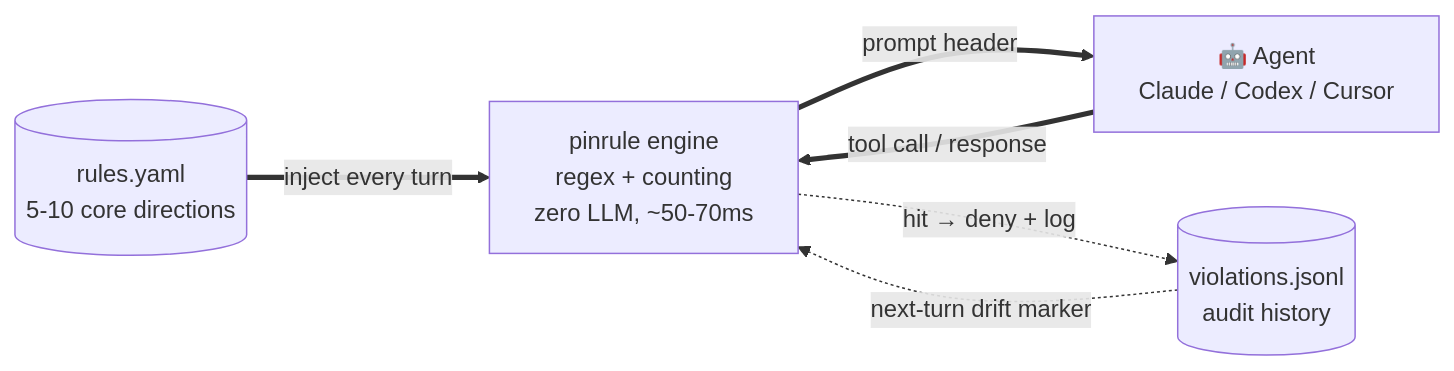
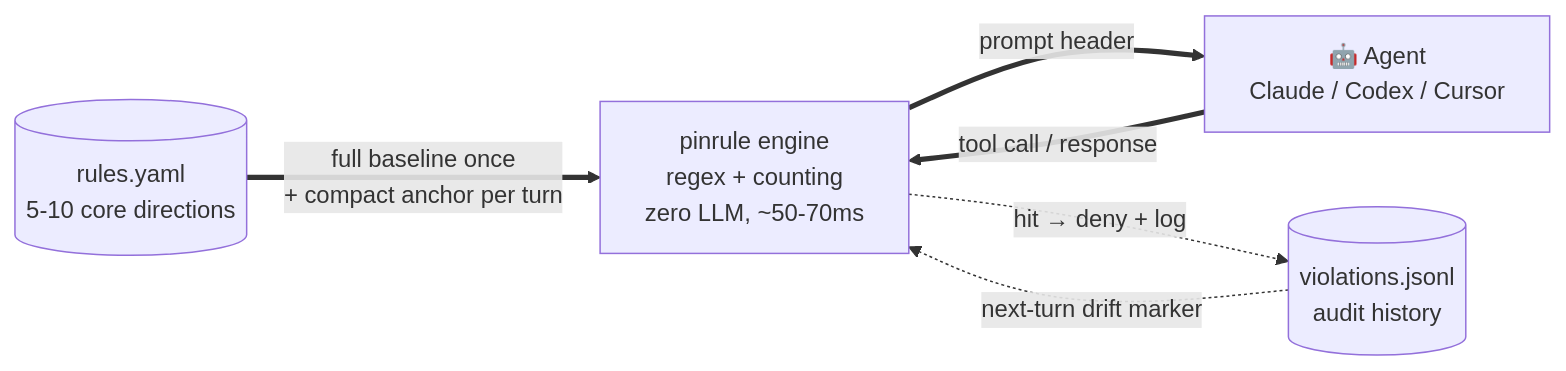
Before and after one commit to jhaizhou-ops/pinrule: the first of 2 diagrams in README.md, drawn with Mermaid. The commit also changed other lines of this file and 1 other file, not shown here.

````diff
--- a/README.md
+++ b/README.md
@@ -240,13 +255,13 @@
 ```mermaid
 flowchart LR
     R[(rules.yaml<br/>5-10 core directions)]
     K[pinrule engine<br/>regex + counting<br/>zero LLM, ~50-70ms]
     A[🤖 Agent<br/>Claude / Codex / Cursor]
     V[(violations.jsonl<br/>audit history)]
 
-    R ==>|inject every turn| K
+    R ==>|full baseline once<br/>+ compact anchor per turn| K
     K ==>|prompt header| A
     A ==>|tool call / response| K
     K -.->|hit → deny + log| V
     V -.->|next-turn drift marker| K
 ```
````
